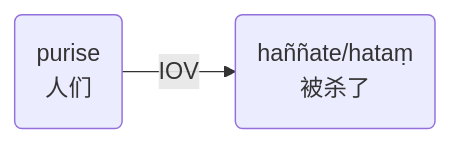
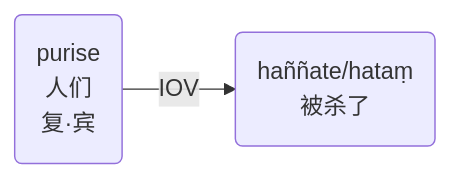
One commit to iapt-platform/pali-handbook changed the second of 3 diagrams in src/basic-relation/acc/acc-iov.md. Above: the diagram before and after it, drawn with Mermaid. The commit also changed 1 other file, not shown here.

Commit message:
语法修改1

```diff
--- a/src/basic-relation/acc/acc-iov.md
+++ b/src/basic-relation/acc/acc-iov.md
@@ -17,4 +17,4 @@
 <div class="mermaid">
 graph LR
-A(purise<br>人们)--IOV-->B(haññate/hataṃ<br>被杀了)
+A("purise<br>人们<br>复·宾")--IOV-->B(haññate/hataṃ<br>被杀了)
 </div>
```
